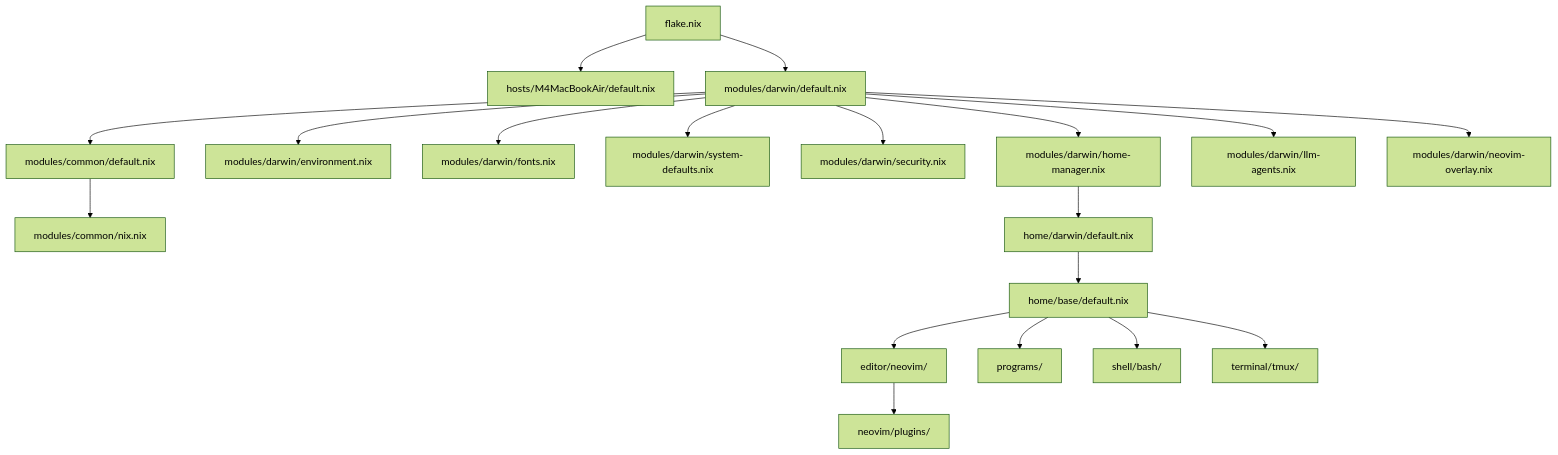
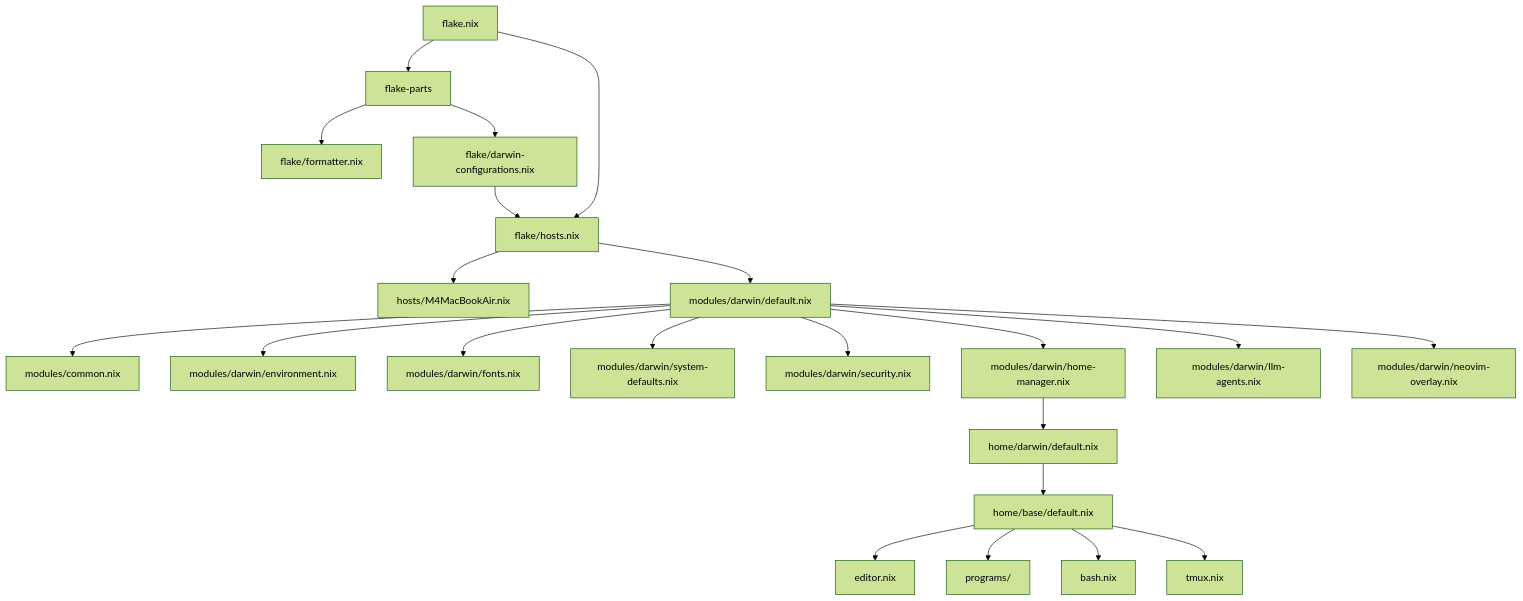
Before and after one commit to pranc1ngpegasus/dotfiles: the diagram in docs/architecture.md, drawn with Mermaid (forest theme). The commit also changed other lines of this file and 30 other files, not shown here.

````diff
--- a/docs/architecture.md
+++ b/docs/architecture.md
@@ -5,21 +5,24 @@
 ```mermaid
 graph TD
-    A[flake.nix] --> B[hosts/M4MacBookAir/default.nix]
-    A --> C[modules/darwin/default.nix]
-    C --> D[modules/common/default.nix]
-    D --> D1[modules/common/nix.nix]
-    C --> E1[modules/darwin/environment.nix]
-    C --> E2[modules/darwin/fonts.nix]
-    C --> E3[modules/darwin/system-defaults.nix]
-    C --> E4[modules/darwin/security.nix]
-    C --> E5[modules/darwin/home-manager.nix]
-    C --> E6[modules/darwin/llm-agents.nix]
-    C --> E7[modules/darwin/neovim-overlay.nix]
-    E5 --> F[home/darwin/default.nix]
-    F --> G[home/base/default.nix]
-    G --> H[editor/neovim/]
-    H --> L[neovim/plugins/]
-    G --> I[programs/]
-    G --> J[shell/bash/]
-    G --> K[terminal/tmux/]
+    flake[flake.nix] --> parts[flake-parts]
+    flake --> hostMap[flake/hosts.nix]
+    parts --> formatter[flake/formatter.nix]
+    parts --> darwinConfigurations[flake/darwin-configurations.nix]
+    darwinConfigurations --> hostMap
+    hostMap --> host[hosts/M4MacBookAir.nix]
+    hostMap --> darwin[modules/darwin/default.nix]
+    darwin --> common[modules/common.nix]
+    darwin --> environment[modules/darwin/environment.nix]
+    darwin --> fonts[modules/darwin/fonts.nix]
+    darwin --> defaults[modules/darwin/system-defaults.nix]
+    darwin --> security[modules/darwin/security.nix]
+    darwin --> homeManager[modules/darwin/home-manager.nix]
+    darwin --> agents[modules/darwin/llm-agents.nix]
+    darwin --> neovimOverlay[modules/darwin/neovim-overlay.nix]
+    homeManager --> darwinHome[home/darwin/default.nix]
+    darwinHome --> baseHome[home/base/default.nix]
+    baseHome --> editor[editor.nix]
+    baseHome --> programs[programs/]
+    baseHome --> bash[bash.nix]
+    baseHome --> tmux[tmux.nix]
 ```
````
